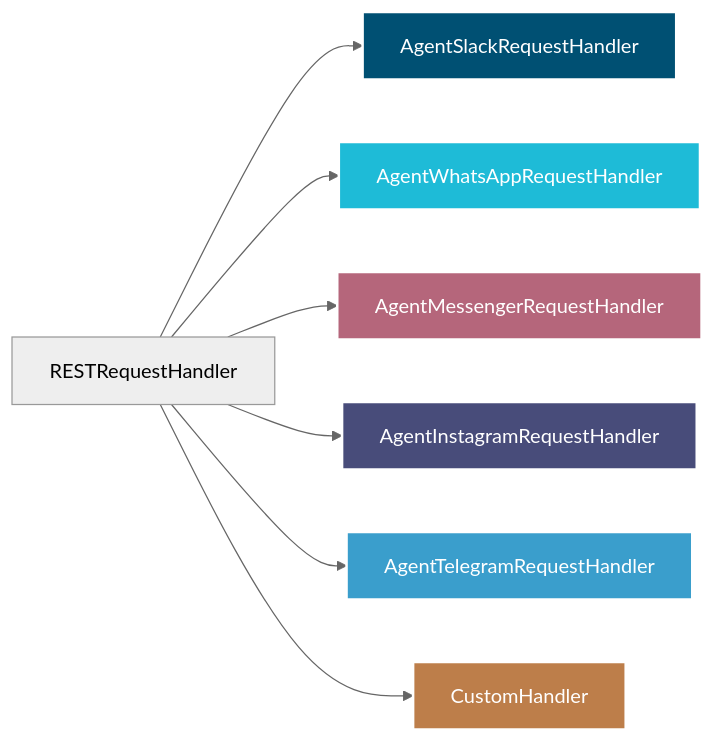
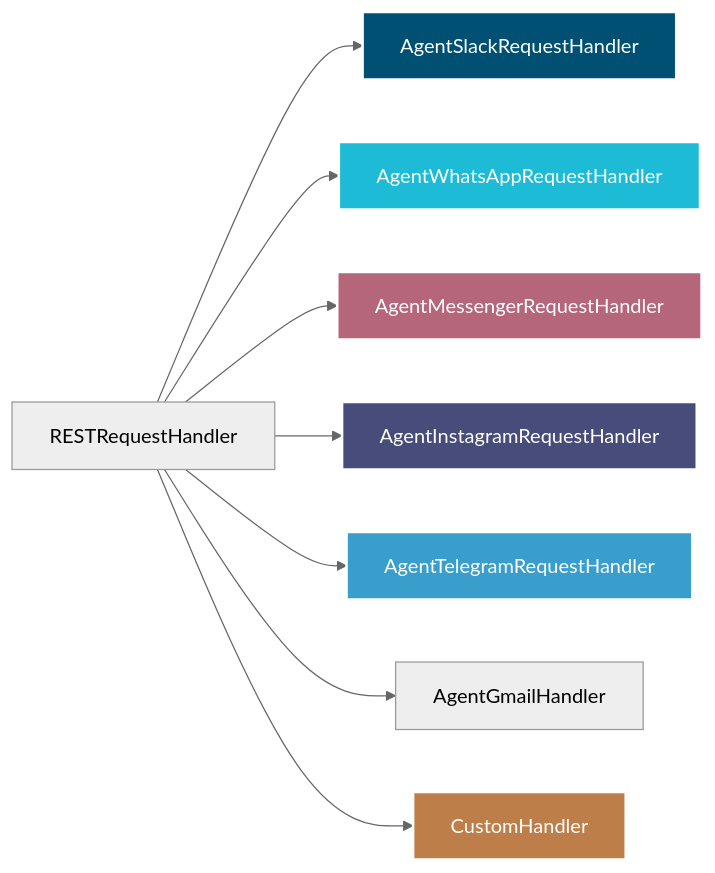
One commit to yaalalabs/agent-kernel changed the second of 2 diagrams in docs/docs/integrations/overview.md. Above: the diagram before and after it, drawn with Mermaid (neutral theme). The commit also changed other lines of this file and 4 other files, not shown here.

````diff
--- a/docs/docs/integrations/overview.md
+++ b/docs/docs/integrations/overview.md
@@ -48,17 +49,17 @@
 ```mermaid
 ---
 config:
   layout: dagre
   elk: true
 ---
 flowchart LR
     
-    D["RESTRequestHandler"] --> I["AgentSlackRequestHandler"] & J["AgentWhatsAppRequestHandler"] & K["AgentMessengerRequestHandler"] & M["AgentInstagramRequestHandler"] & O["AgentTelegramRequestHandler"] & N["CustomHandler"]
+    D["RESTRequestHandler"] --> I["AgentSlackRequestHandler"] & J["AgentWhatsAppRequestHandler"] & K["AgentMessengerRequestHandler"] & M["AgentInstagramRequestHandler"] & O["AgentTelegramRequestHandler"] & P["AgentGmailHandler"] & N["CustomHandler"]
 
     style I fill:#005073,stroke:#fff,stroke-width:2px,color:#fff
     style J fill:#1ebbd7,stroke:#fff,stroke-width:2px,color:#fff
     style K fill:#b5667b,stroke:#fff,stroke-width:2px,color:#fff
     style M fill:#484c7a,stroke:#fff,stroke-width:2px,color:#fff
     style O fill:#3a9ecc,stroke:#fff,stroke-width:2px,color:#fff
     style N fill:#bd7e4a,stroke:#fff,stroke-width:2px,color:#fff
 ```
````
